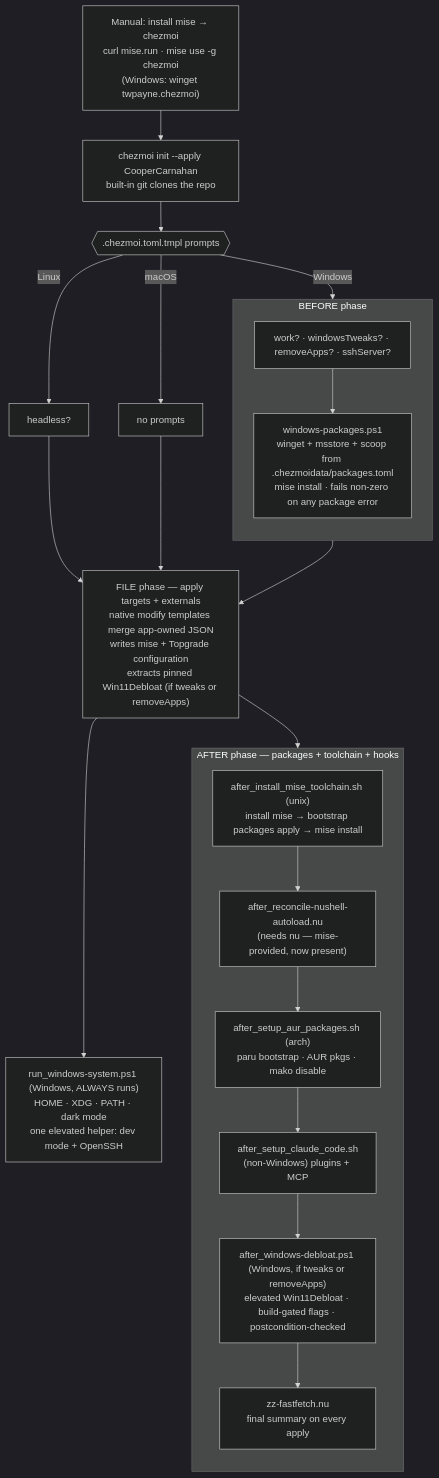
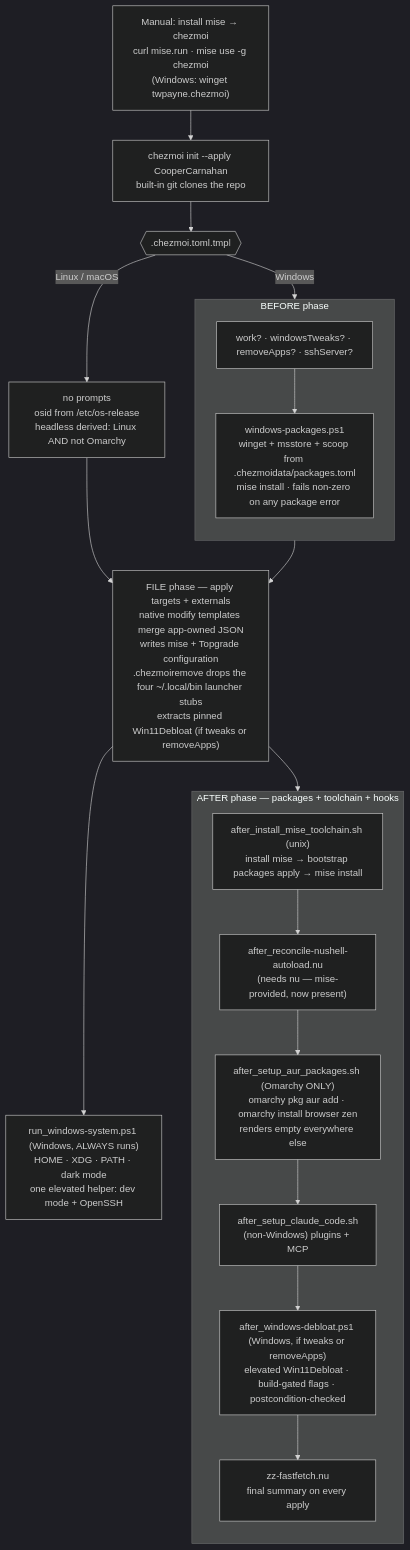
One commit to CooperCarnahan/dotfiles changed the diagram in README.md. Above: the diagram before and after it, drawn with Mermaid (dark theme). The commit also changed other lines of this file, not shown here.

Commit message:
docs: rewrite the README for the Omarchy split

````diff
--- a/README.md
+++ b/README.md
@@ -139,36 +207,34 @@
 ```mermaid
 flowchart TD
     A["Manual: install mise → chezmoi<br/>curl mise.run · mise use -g chezmoi<br/>(Windows: winget twpayne.chezmoi)"]
     A --> B["chezmoi init --apply CooperCarnahan<br/>built-in git clones the repo"]
-    B --> C{{".chezmoi.toml.tmpl prompts"}}
+    B --> C{{".chezmoi.toml.tmpl"}}
     C -->|Windows| Pw["work? · windowsTweaks? · removeApps? · sshServer?"]
-    C -->|Linux| Pl["headless?"]
-    C -->|macOS| Pm["no prompts"]
+    C -->|"Linux / macOS"| Pu["no prompts<br/>osid from /etc/os-release<br/>headless derived: Linux AND not Omarchy"]
 
     subgraph BEFORE["BEFORE phase"]
       direction TB
       Pw --> Bw["windows-packages.ps1<br/>winget + msstore + scoop from .chezmoidata/packages.toml<br/>mise install · fails non-zero on any package error"]
     end
 
     Bw --> Main
-    Pl --> Main
-    Pm --> Main
-    Main["FILE phase — apply targets + externals<br/>native modify templates merge app-owned JSON<br/>writes mise + Topgrade configuration<br/>extracts pinned Win11Debloat (if tweaks or removeApps)"]
+    Pu --> Main
+    Main["FILE phase — apply targets + externals<br/>native modify templates merge app-owned JSON<br/>writes mise + Topgrade configuration<br/>.chezmoiremove drops the four ~/.local/bin launcher stubs<br/>extracts pinned Win11Debloat (if tweaks or removeApps)"]
     Main --> Sys["run_windows-system.ps1 (Windows, ALWAYS runs)<br/>HOME · XDG · PATH · dark mode<br/>one elevated helper: dev mode + OpenSSH"]
 
     subgraph AFTER["AFTER phase — packages + toolchain + hooks"]
       direction TB
       Tl["after_install_mise_toolchain.sh (unix)<br/>install mise → bootstrap packages apply → mise install"]
       Nu["after_reconcile-nushell-autoload.nu<br/>(needs nu — mise-provided, now present)"]
-      Aur["after_setup_aur_packages.sh (arch)<br/>paru bootstrap · AUR pkgs · mako disable"]
+      Aur["after_setup_aur_packages.sh (Omarchy ONLY)<br/>omarchy pkg aur add · omarchy install browser zen<br/>renders empty everywhere else"]
       Cc["after_setup_claude_code.sh<br/>(non-Windows) plugins + MCP"]
       Wd["after_windows-debloat.ps1 (Windows, if tweaks or removeApps)<br/>elevated Win11Debloat · build-gated flags · postcondition-checked"]
       Ff["zz-fastfetch.nu<br/>final summary on every apply"]
     end
     Main --> Tl
     Tl --> Nu
     Nu --> Aur
     Aur --> Cc
     Cc --> Wd
     Wd --> Ff
 ```
````
